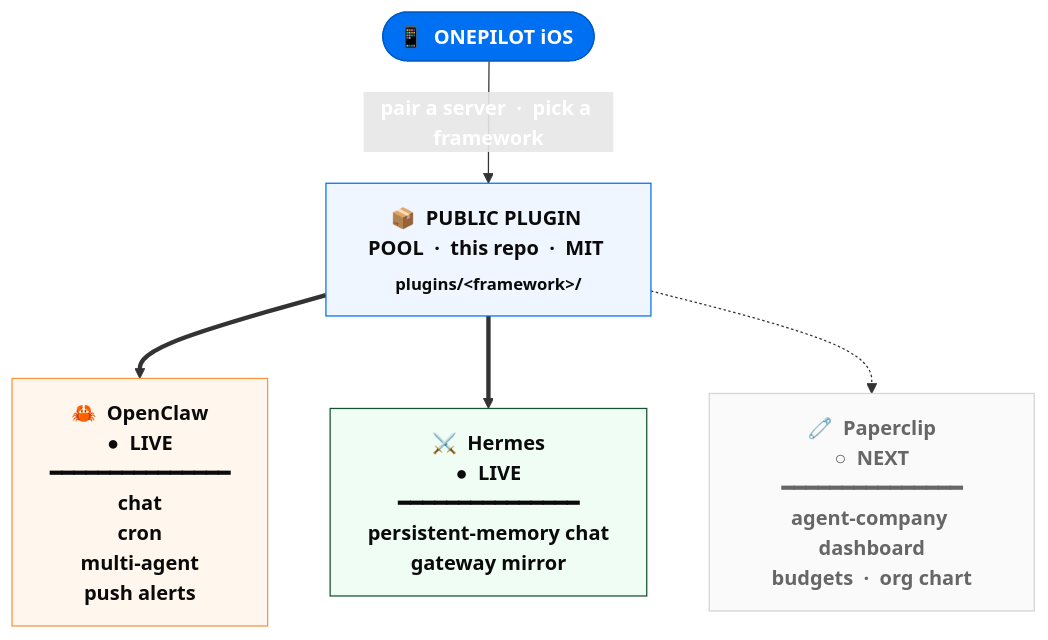
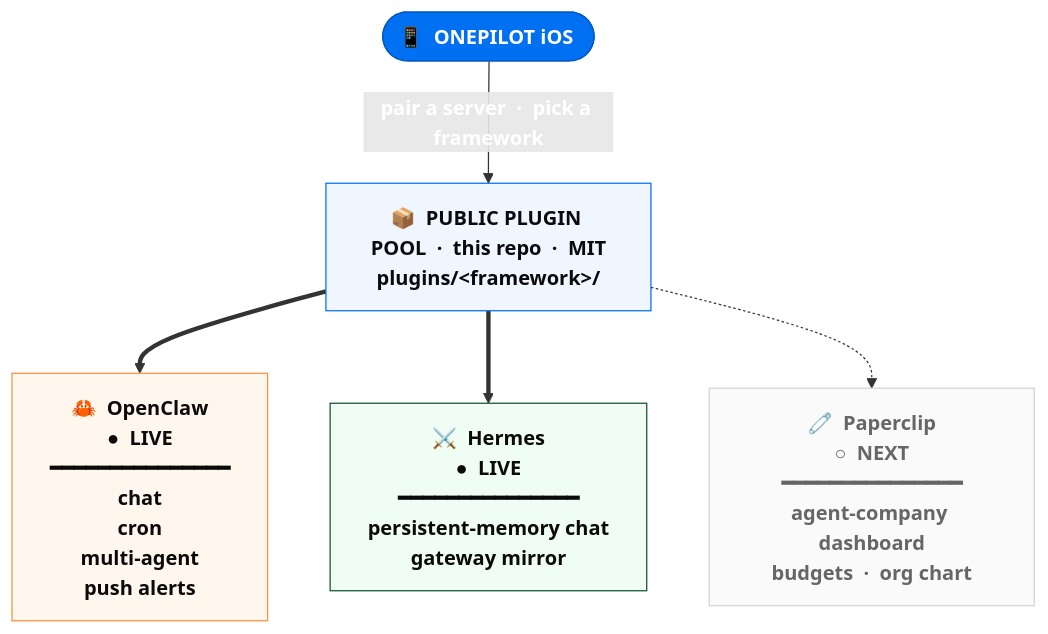
Before and after one commit to sofiane8910/onepilotapp: the third of 3 diagrams in README.md, drawn with Mermaid.

Commit message:
README: drop unsupported <b>/<sub> tags in mermaid labels
GitHub mermaid (strict mode) doesn't render <b>/<sub> inside node
labels, causing the framework-pool diagram to fall back to raw text.
Keep <br/> and &nbsp; which are supported.

````diff
--- a/README.md
+++ b/README.md
@@ -91,19 +91,19 @@
 ```mermaid
 flowchart TB
     A(["📱 &nbsp;ONEPILOT iOS&nbsp;"])
-    A -- "pair a server &nbsp;·&nbsp; pick a framework" --> B["📦 &nbsp;PUBLIC PLUGIN POOL &nbsp;·&nbsp; this repo &nbsp;·&nbsp; MIT&nbsp;<br/><sub>plugins/&lt;framework&gt;/</sub>"]
-    B ==> C["<b>🦀 &nbsp;OpenClaw</b><br/><b>● &nbsp;LIVE</b><br/>━━━━━━━━━━━━━━━<br/>chat<br/>cron<br/>multi-agent<br/>push alerts"]
-    B ==> D["<b>⚔️ &nbsp;Hermes</b><br/><b>● &nbsp;LIVE</b><br/>━━━━━━━━━━━━━━━<br/>persistent-memory chat<br/>gateway mirror"]
-    B -.-> E["<b>🧷 &nbsp;Paperclip</b><br/>○ &nbsp;NEXT<br/>━━━━━━━━━━━━━━━<br/>agent-company dashboard<br/>budgets &nbsp;·&nbsp; org chart"]
+    A -- "pair a server &nbsp;·&nbsp; pick a framework" --> B["📦 &nbsp;PUBLIC PLUGIN POOL &nbsp;·&nbsp; this repo &nbsp;·&nbsp; MIT<br/>plugins/&lt;framework&gt;/"]
+    B ==> C["🦀 &nbsp;OpenClaw<br/>● &nbsp;LIVE<br/>━━━━━━━━━━━━━━━<br/>chat<br/>cron<br/>multi-agent<br/>push alerts"]
+    B ==> D["⚔️ &nbsp;Hermes<br/>● &nbsp;LIVE<br/>━━━━━━━━━━━━━━━<br/>persistent-memory chat<br/>gateway mirror"]
+    B -.-> E["🧷 &nbsp;Paperclip<br/>○ &nbsp;NEXT<br/>━━━━━━━━━━━━━━━<br/>agent-company dashboard<br/>budgets &nbsp;·&nbsp; org chart"]
 
     classDef root fill:#0070f3,stroke:#0058c4,color:#fff,font-weight:bold
     classDef pool fill:#eff6ff,stroke:#0070f3,color:#0a0a0a,font-weight:bold
     classDef openclaw fill:#fff7ed,stroke:#fb923c,color:#0a0a0a,font-weight:bold
     classDef hermes fill:#f0fdf4,stroke:#14532d,color:#0a0a0a,font-weight:bold
     classDef paperclip fill:#fafafa,stroke:#d4d4d4,color:#666
     class A root
     class B pool
     class C openclaw
     class D hermes
     class E paperclip
 ```
````
